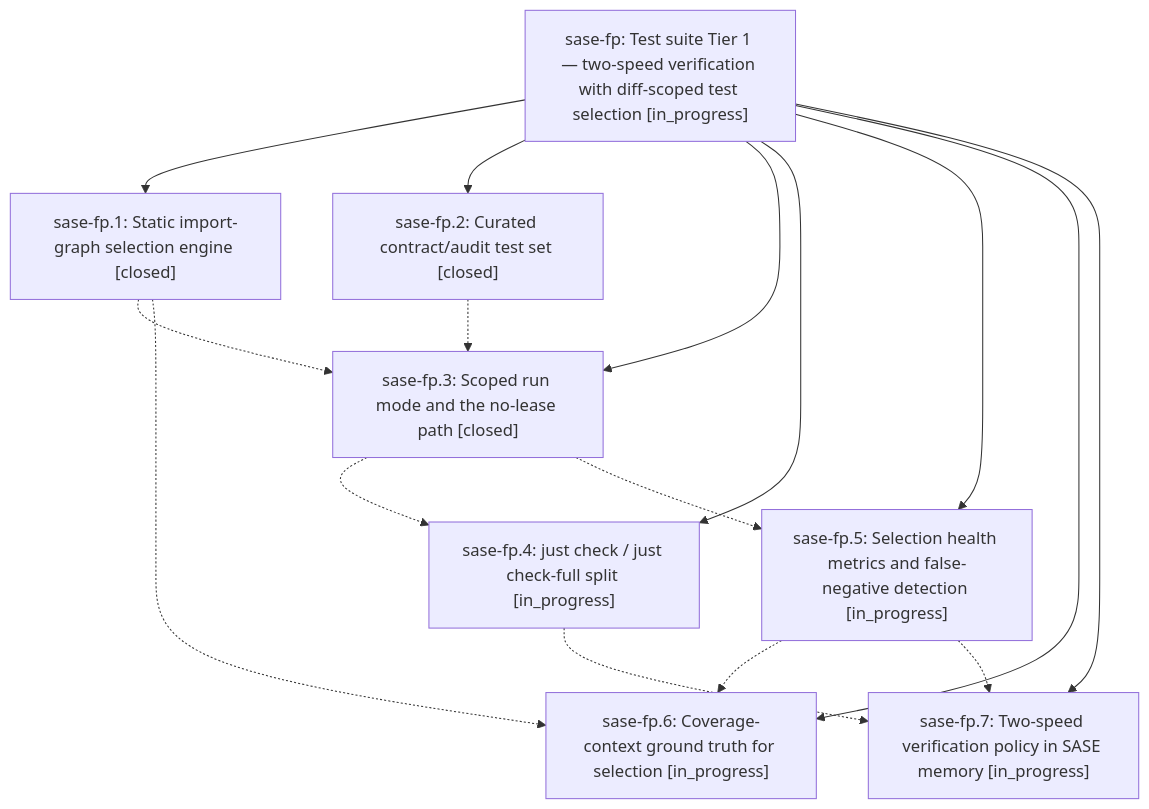
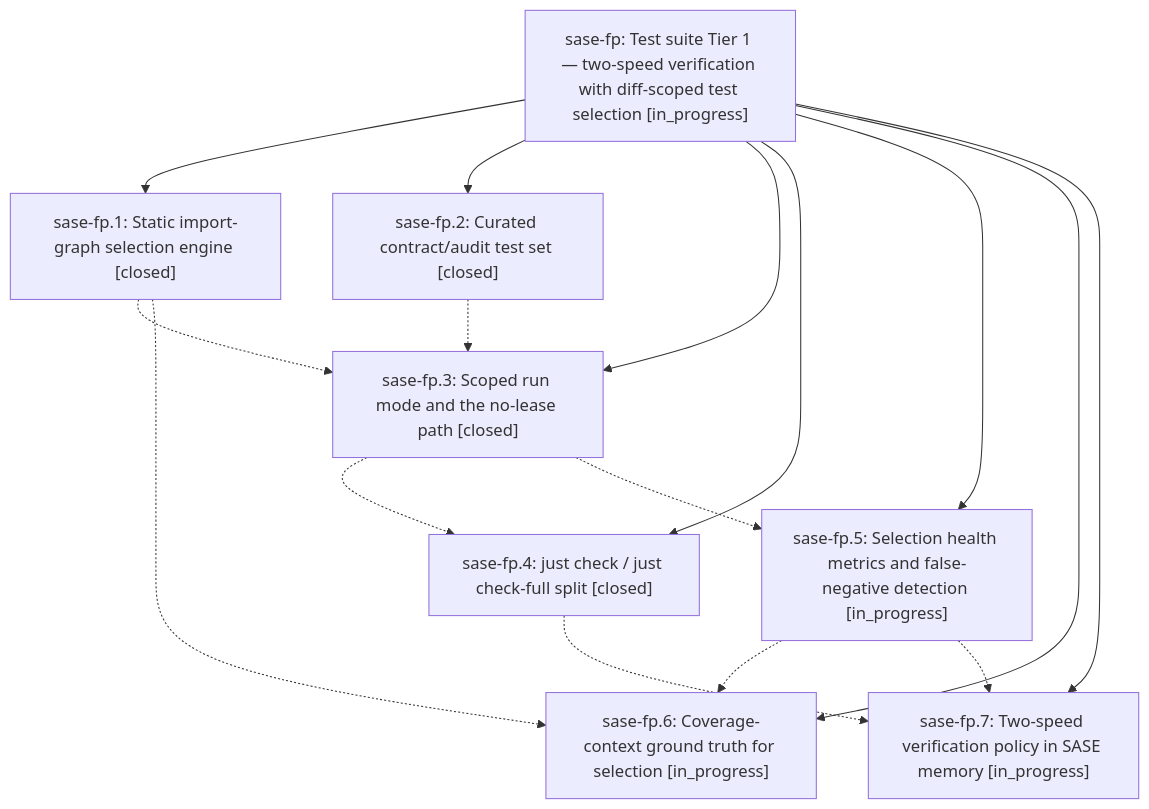
Before and after one commit to sase-org/sase--beads: the diagram in pages/sase-fp/README.md, drawn with Mermaid. The commit also changed other lines of this file and 3 other files, not shown here.

````diff
--- a/pages/sase-fp/README.md
+++ b/pages/sase-fp/README.md
@@ -28,26 +28,26 @@
 ```mermaid
 flowchart TD
     n0["sase-fp: Test suite Tier 1 — two-speed verification with diff-scoped test selection [in_progress]"]
     n1["sase-fp.1: Static import-graph selection engine [closed]"]
     n2["sase-fp.2: Curated contract/audit test set [closed]"]
     n3["sase-fp.3: Scoped run mode and the no-lease path [closed]"]
-    n4["sase-fp.4: just check / just check-full split [in_progress]"]
+    n4["sase-fp.4: just check / just check-full split [closed]"]
     n5["sase-fp.5: Selection health metrics and false-negative detection [in_progress]"]
     n6["sase-fp.6: Coverage-context ground truth for selection [in_progress]"]
     n7["sase-fp.7: Two-speed verification policy in SASE memory [in_progress]"]
     n0 --> n1
     n0 --> n2
     n0 --> n3
     n0 --> n4
     n0 --> n5
     n0 --> n6
     n0 --> n7
     n1 -.-> n3
     n1 -.-> n6
     n2 -.-> n3
     n3 -.-> n4
     n3 -.-> n5
     n4 -.-> n7
     n5 -.-> n6
     n5 -.-> n7
 ```
````
